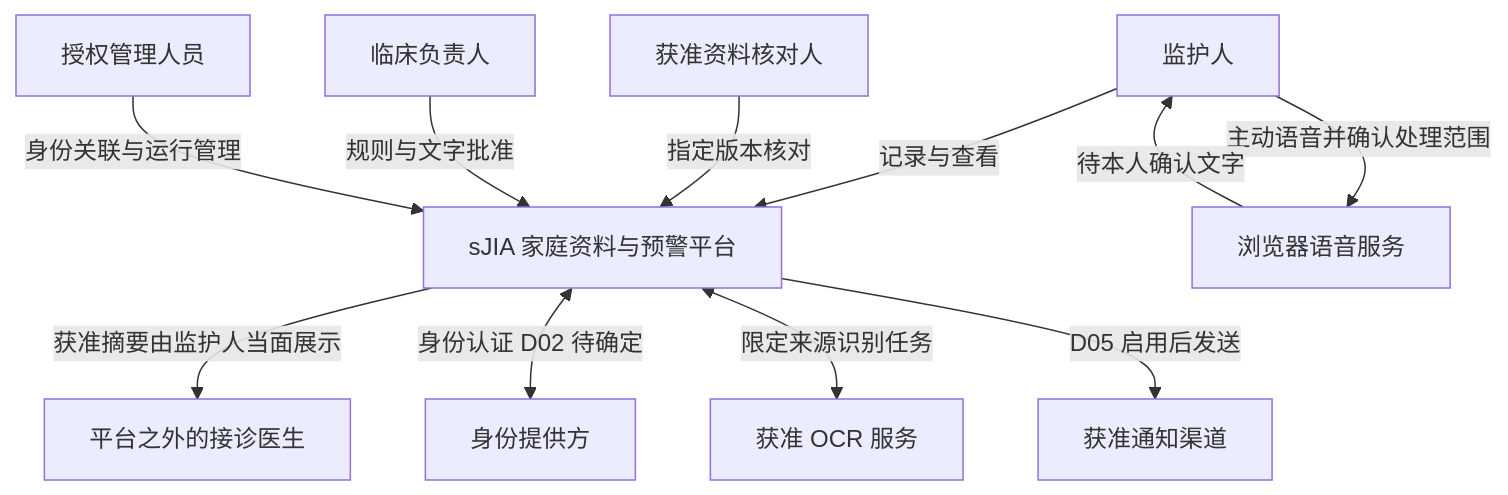
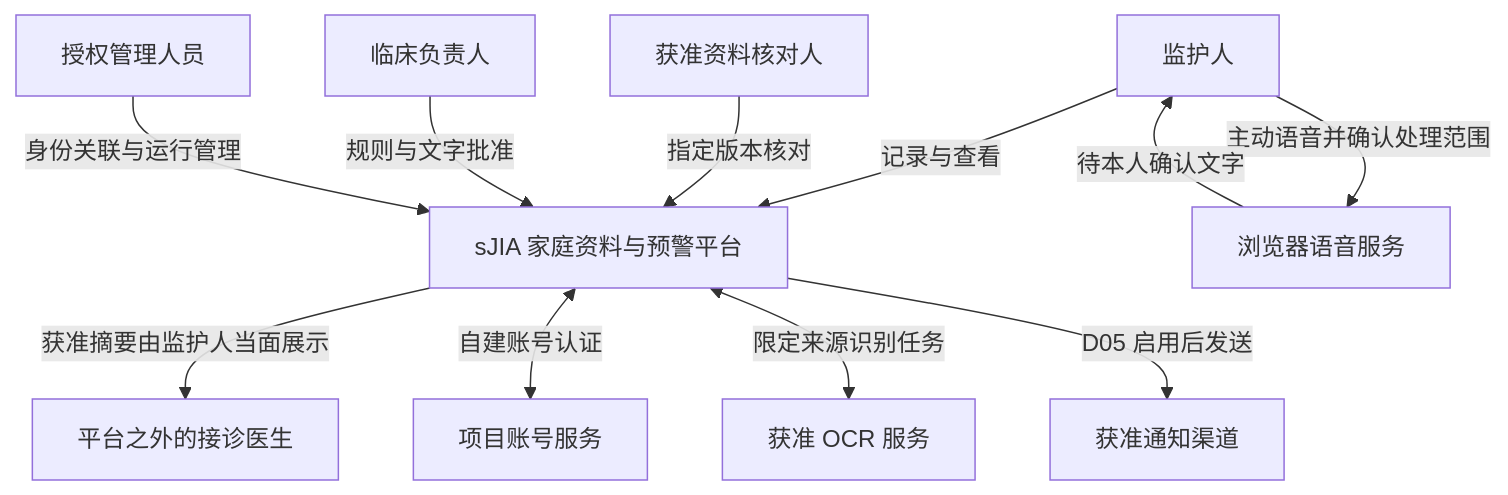
The first of 9 diagrams in sJIA合并MAS预警平台HLD.md (LIUgongxi2046/sjia), drawn with Mermaid before and after one commit. The commit also changed other lines of this file and 15 other files, not shown here.

Commit message:
完善当前设计职责接收及Schema引用检查

````diff
--- a/sJIA合并MAS预警平台HLD.md
+++ b/sJIA合并MAS预警平台HLD.md
@@ -78,13 +78,13 @@
 ```mermaid
 graph TD
     G[监护人] -->|记录与查看| S[sJIA 家庭资料与预警平台]
     V[获准资料核对人] -->|指定版本核对| S
     C[临床负责人] -->|规则与文字批准| S
     A[授权管理人员] -->|身份关联与运行管理| S
     S -->|获准摘要由监护人当面展示| D[平台之外的接诊医生]
-    S <-->|身份认证 D02 待确定| I[身份提供方]
+    S <-->|自建账号认证| I[项目账号服务]
     S <-->|限定来源识别任务| O[获准 OCR 服务]
     S -->|D05 启用后发送| N[获准通知渠道]
     G -->|主动语音并确认处理范围| B[浏览器语音服务]
     B -->|待本人确认文字| G
 ```
````
